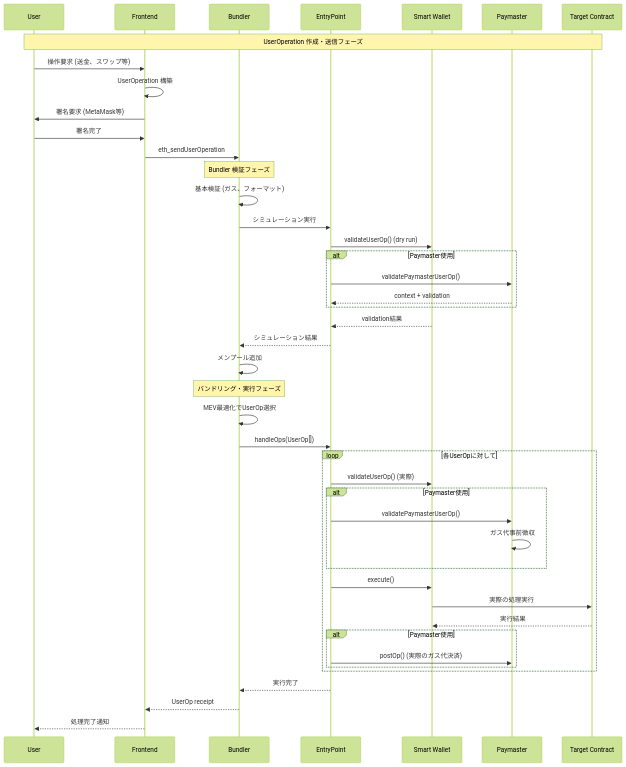
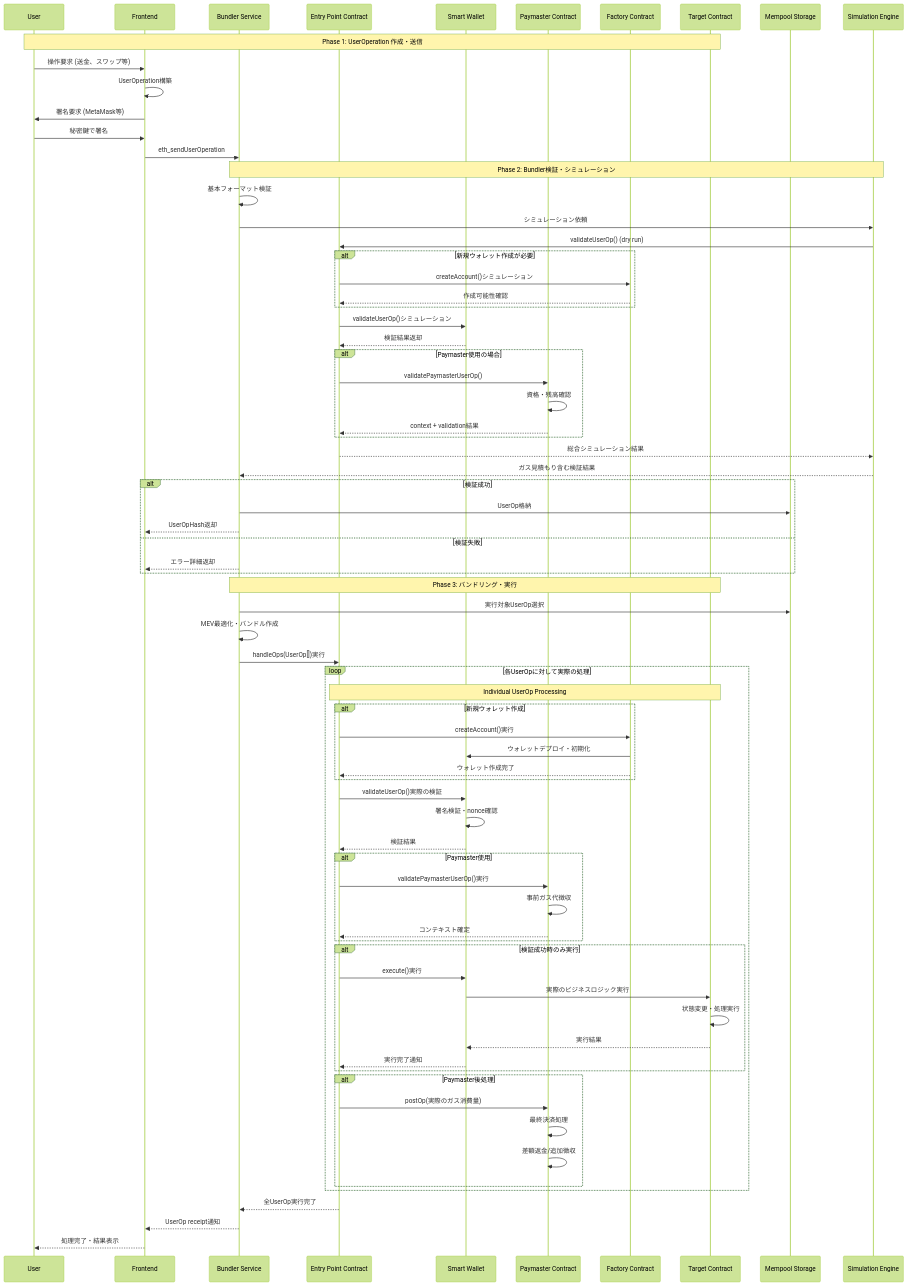
The fourth of 7 diagrams in aa/.serena/memories/research/aa_components_detailed.md (TMdiesel/dapps), drawn with Mermaid (forest theme) before and after one commit. The commit also changed other lines of this file and 1 other file, not shown here.

Commit message:
feat: Add Mermaid design rules and improve Account Abstraction documentation

````diff
--- a/aa/.serena/memories/research/aa_components_detailed.md
+++ b/aa/.serena/memories/research/aa_components_detailed.md
@@ -404,51 +165,92 @@
 ```mermaid
 sequenceDiagram
-    participant U as User
-    participant F as Frontend
-    participant B as Bundler
-    participant E as EntryPoint
-    participant W as Smart Wallet
-    participant P as Paymaster
-    participant T as Target Contract
+    participant User as User
+    participant Frontend as Frontend
+    participant Bundler as Bundler Service
+    participant EntryPoint as Entry Point Contract
+    participant Wallet as Smart Wallet
+    participant Paymaster as Paymaster Contract
+    participant Factory as Factory Contract
+    participant Target as Target Contract
+    participant Mempool as Mempool Storage
+    participant SimEngine as Simulation Engine
     
-    Note over U,T: UserOperation 作成・送信フェーズ
-    U->>F: 操作要求 (送金、スワップ等)
-    F->>F: UserOperation 構築
-    F->>U: 署名要求 (MetaMask等)
-    U->>F: 署名完了
-    F->>B: eth_sendUserOperation
+    Note over User,Target: Phase 1: UserOperation 作成・送信
+    User->>Frontend: 操作要求 (送金、スワップ等)
+    Frontend->>Frontend: UserOperation構築
+    Frontend->>User: 署名要求 (MetaMask等)
+    User->>Frontend: 秘密鍵で署名
+    Frontend->>Bundler: eth_sendUserOperation
     
-    Note over B: Bundler 検証フェーズ
-    B->>B: 基本検証 (ガス、フォーマット)
-    B->>E: シミュレーション実行
-    E->>W: validateUserOp() (dry run)
-    alt Paymaster使用
-        E->>P: validatePaymasterUserOp()
-        P-->>E: context + validation
+    Note over Bundler,SimEngine: Phase 2: Bundler検証・シミュレーション
+    Bundler->>Bundler: 基本フォーマット検証
+    Bundler->>SimEngine: シミュレーション依頼
+    SimEngine->>EntryPoint: validateUserOp() (dry run)
+    
+    alt 新規ウォレット作成が必要
+        EntryPoint->>Factory: createAccount()シミュレーション
+        Factory-->>EntryPoint: 作成可能性確認
     end
-    W-->>E: validation結果
-    E-->>B: シミュレーション結果
-    B->>B: メンプール追加
     
-    Note over B: バンドリング・実行フェーズ  
-    B->>B: MEV最適化でUserOp選択
-    B->>E: handleOps(UserOp[])
+    EntryPoint->>Wallet: validateUserOp()シミュレーション
+    Wallet-->>EntryPoint: 検証結果返却
     
-    loop 各UserOpに対して
-        E->>W: validateUserOp() (実際)
+    alt Paymaster使用の場合
+        EntryPoint->>Paymaster: validatePaymasterUserOp()
+        Paymaster->>Paymaster: 資格・残高確認
+        Paymaster-->>EntryPoint: context + validation結果
+    end
+    
+    EntryPoint-->>SimEngine: 総合シミュレーション結果
+    SimEngine-->>Bundler: ガス見積もり含む検証結果
+    
+    alt 検証成功
+        Bundler->>Mempool: UserOp格納
+        Bundler-->>Frontend: UserOpHash返却
+    else 検証失敗
+        Bundler-->>Frontend: エラー詳細返却
+    end
+    
+    Note over Bundler,Target: Phase 3: バンドリング・実行
+    Bundler->>Mempool: 実行対象UserOp選択
+    Bundler->>Bundler: MEV最適化・バンドル作成
+    Bundler->>EntryPoint: handleOps(UserOp[])実行
+    
+    loop 各UserOpに対して実際の処理
+        Note over EntryPoint,Target: Individual UserOp Processing
+        
+        alt 新規ウォレット作成
+            EntryPoint->>Factory: createAccount()実行
+            Factory->>Wallet: ウォレットデプロイ・初期化
+            Factory-->>EntryPoint: ウォレット作成完了
+        end
+        
+        EntryPoint->>Wallet: validateUserOp()実際の検証
+        Wallet->>Wallet: 署名検証・nonce確認
+        Wallet-->>EntryPoint: 検証結果
+        
         alt Paymaster使用
-            E->>P: validatePaymasterUserOp()
-            P->>P: ガス代事前徴収
+            EntryPoint->>Paymaster: validatePaymasterUserOp()実行
+            Paymaster->>Paymaster: 事前ガス代徴収
+            Paymaster-->>EntryPoint: コンテキスト確定
         end
-        E->>W: execute()
-        W->>T: 実際の処理実行
-        T-->>W: 実行結果
-        alt Paymaster使用
-            E->>P: postOp() (実際のガス代決済)
+        
+        alt 検証成功時のみ実行
+            EntryPoint->>Wallet: execute()実行
+            Wallet->>Target: 実際のビジネスロジック実行
+            Target->>Target: 状態変更・処理実行
+            Target-->>Wallet: 実行結果
+            Wallet-->>EntryPoint: 実行完了通知
+        end
+        
+        alt Paymaster後処理
+            EntryPoint->>Paymaster: postOp(実際のガス消費量)
+            Paymaster->>Paymaster: 最終決済処理
+            Paymaster->>Paymaster: 差額返金/追加徴収
         end
     end
     
-    E-->>B: 実行完了
-    B-->>F: UserOp receipt
-    F-->>U: 処理完了通知
+    EntryPoint-->>Bundler: 全UserOp実行完了
+    Bundler-->>Frontend: UserOp receipt通知
+    Frontend-->>User: 処理完了・結果表示
 ```
````
